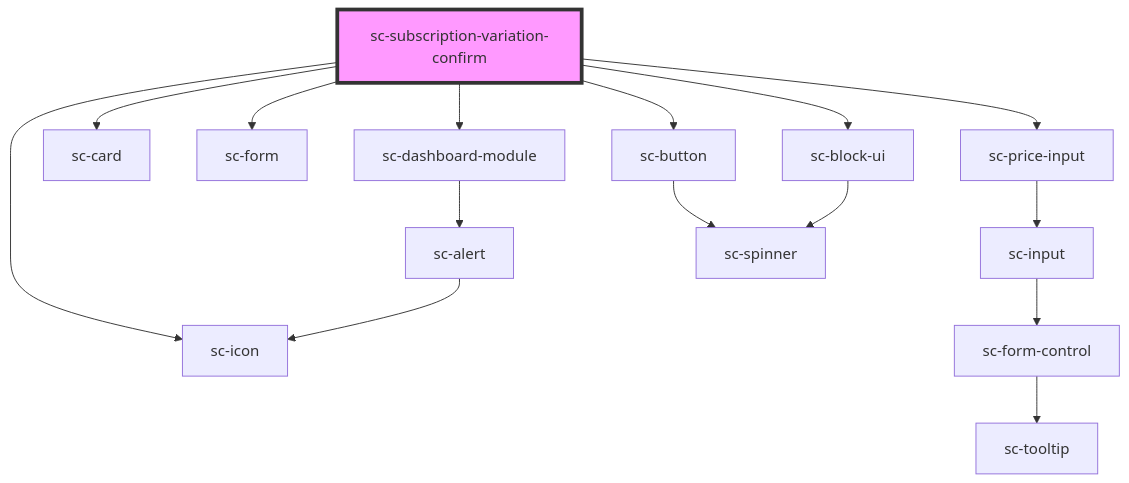
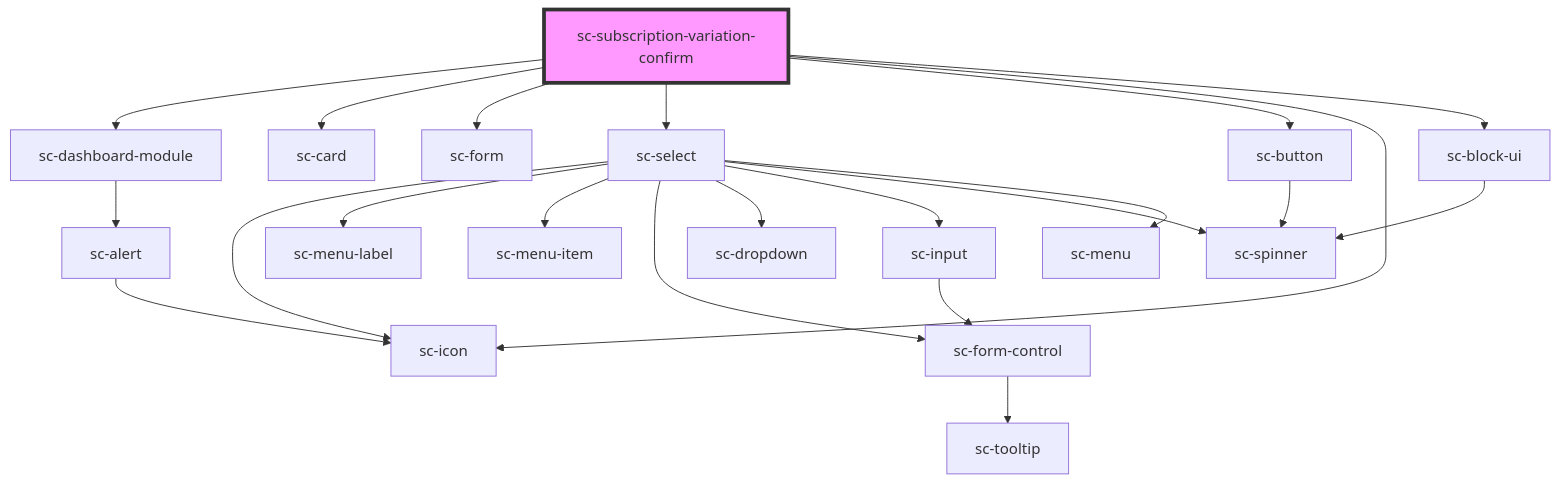
One commit to surecart/surecart-wp-plugin changed the diagram in packages/components/src/components/controllers/dashboard/subscription-variation-confirm/readme.md. Above: the diagram before and after it, drawn with Mermaid. The commit also changed other lines of this file and 29 other files, not shown here.

````diff
--- a/packages/components/src/components/controllers/dashboard/subscription-variation-confirm/readme.md
+++ b/packages/components/src/components/controllers/dashboard/subscription-variation-confirm/readme.md
@@ -29,18 +38,25 @@
 ```mermaid
 graph TD;
   sc-subscription-variation-confirm --> sc-dashboard-module
   sc-subscription-variation-confirm --> sc-card
   sc-subscription-variation-confirm --> sc-form
-  sc-subscription-variation-confirm --> sc-price-input
+  sc-subscription-variation-confirm --> sc-select
   sc-subscription-variation-confirm --> sc-button
   sc-subscription-variation-confirm --> sc-icon
   sc-subscription-variation-confirm --> sc-block-ui
   sc-dashboard-module --> sc-alert
   sc-alert --> sc-icon
-  sc-price-input --> sc-input
+  sc-select --> sc-icon
+  sc-select --> sc-menu-label
+  sc-select --> sc-menu-item
+  sc-select --> sc-form-control
+  sc-select --> sc-dropdown
+  sc-select --> sc-input
+  sc-select --> sc-spinner
+  sc-select --> sc-menu
+  sc-form-control --> sc-tooltip
   sc-input --> sc-form-control
-  sc-form-control --> sc-tooltip
   sc-button --> sc-spinner
   sc-block-ui --> sc-spinner
   style sc-subscription-variation-confirm fill:#f9f,stroke:#333,stroke-width:4px
 ```
````
